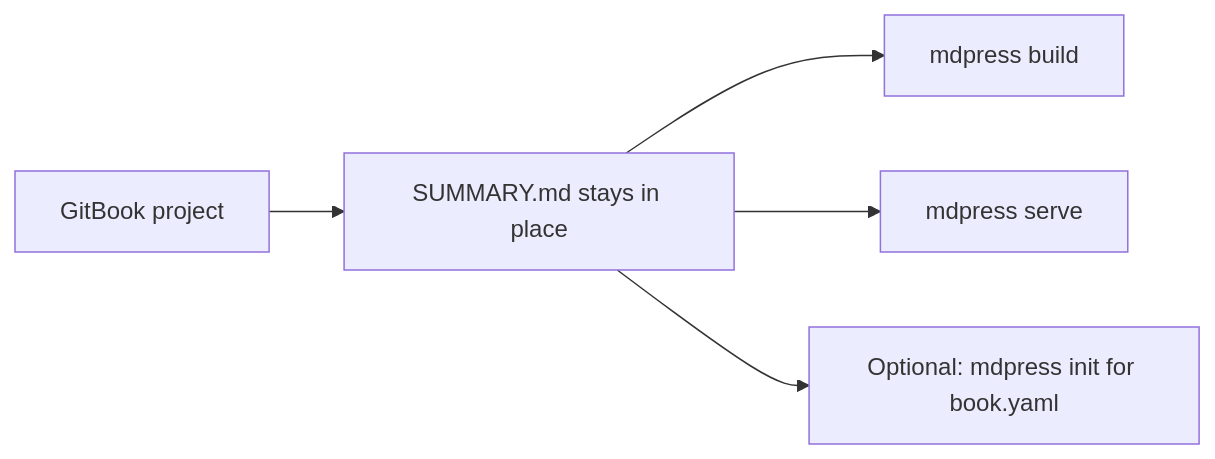
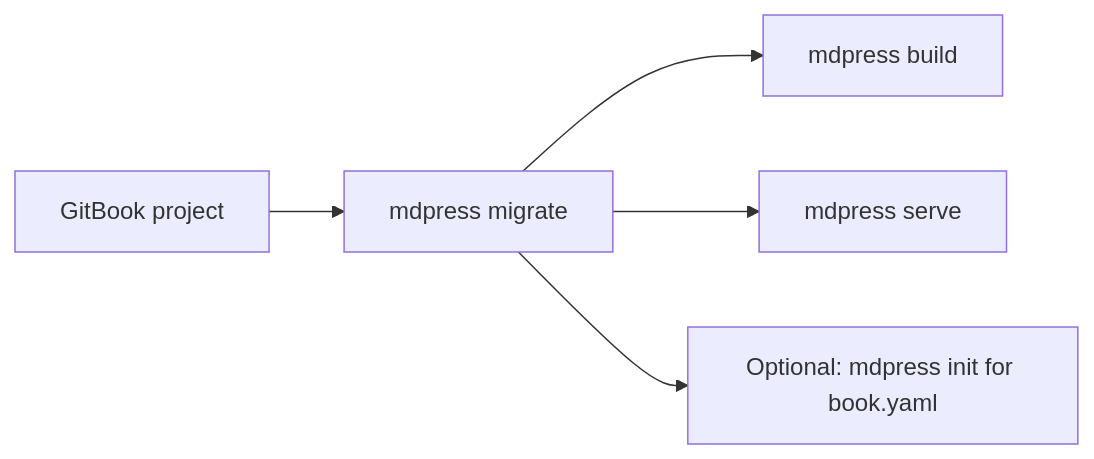
The diagram in docs/MIGRATION_FROM_GITBOOK.md (yeasy/mdPress), drawn with Mermaid before and after one commit. The commit also changed other lines of this file and 120 other files, not shown here.

First line of the commit message:
Fix PDF rendering: images, Mermaid diagrams, SVG badges, and layout

````diff
--- a/docs/MIGRATION_FROM_GITBOOK.md
+++ b/docs/MIGRATION_FROM_GITBOOK.md
@@ -7,7 +7,7 @@
 ```mermaid
 flowchart LR
-    A["GitBook project"] --> B["SUMMARY.md stays in place"]
+    A["GitBook project"] --> B["mdpress migrate"]
     B --> C["mdpress build"]
     B --> D["mdpress serve"]
     B --> E["Optional: mdpress init for book.yaml"]
 ```
````
